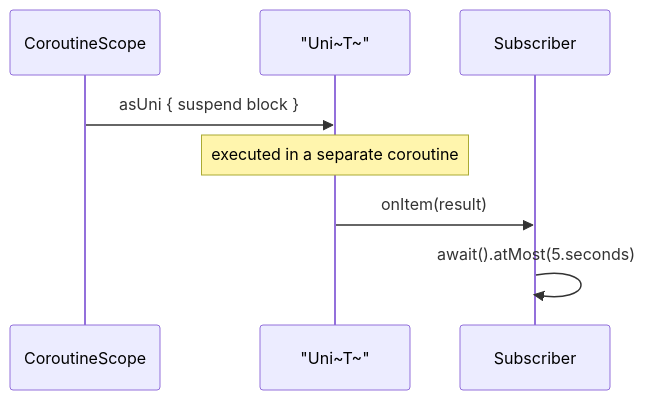
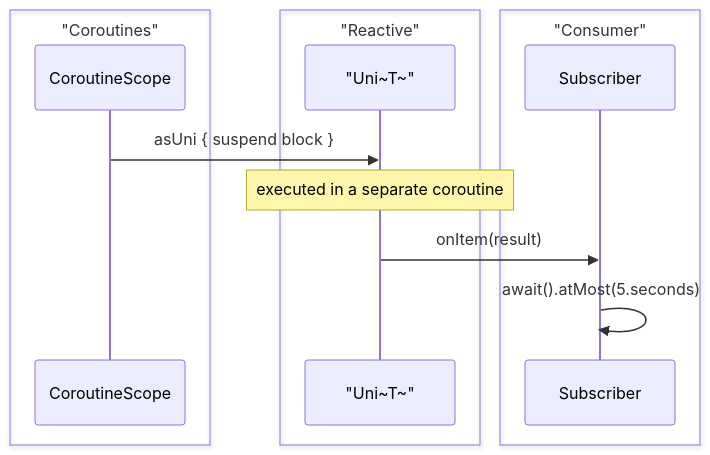
Before and after one commit to bluetape4k/bluetape4k-projects: the third of 3 diagrams in utils/mutiny/README.md, drawn with Mermaid. The commit also changed other lines of this file and 221 other files, not shown here.

First line of the commit message:
docs: 전체 모듈 README UML 다이어그램 보강 및 색상 업그레이드

````diff
--- a/utils/mutiny/README.md
+++ b/utils/mutiny/README.md
@@ -334,11 +351,17 @@
 ```mermaid
 sequenceDiagram
+    box "Coroutines" #F3E5F5
     participant CS as CoroutineScope
+    end
+    box "Reactive" #E3F2FD
     participant UNI as "Uni~T~"
+    end
+    box "Consumer" #E8F5E9
     participant SUB as Subscriber
+    end
 
     CS->>UNI: asUni { suspend block }
     Note over UNI: executed in a separate coroutine
     UNI->>SUB: onItem(result)
     SUB->>SUB: await().atMost(5.seconds)
 ```
````
